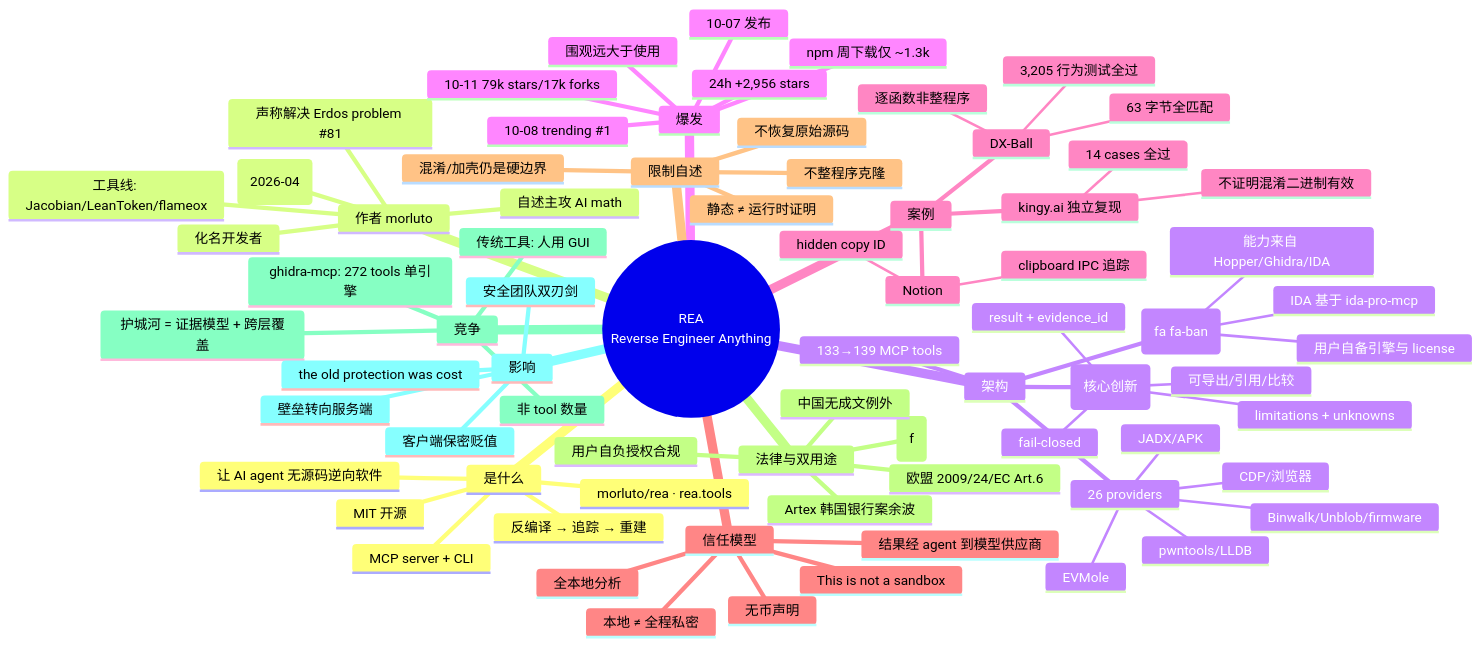
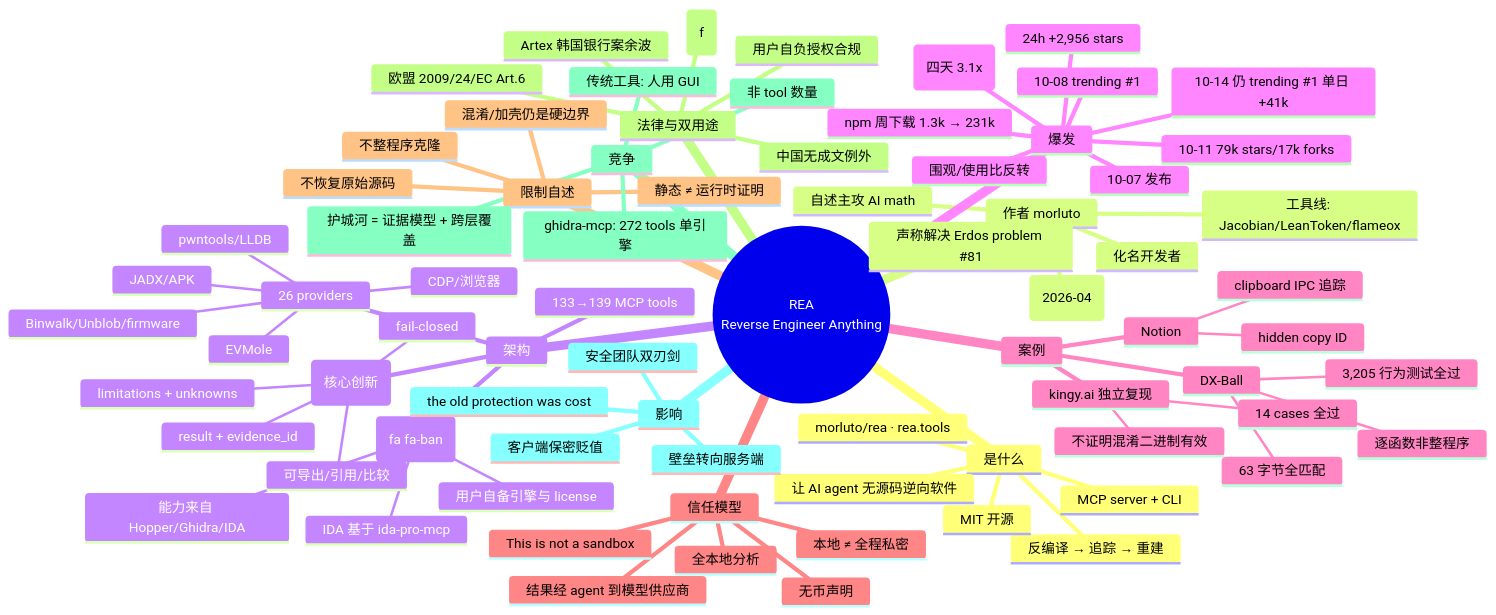
One commit to ringozzt/rea-research changed the diagram in README.md. Above: the diagram before and after it, drawn with Mermaid. The commit also changed other lines of this file, not shown here.

Commit message:
update 2026-10-15：四天 3.1x（247k stars）、npm 周下载 231k、6.3→6.5 changelog、社区实测

````diff
--- a/README.md
+++ b/README.md
@@ -116,78 +128,80 @@
 ```mermaid
 mindmap
   root((REA<br/>Reverse Engineer Anything))
     是什么
       MCP server + CLI
       让 AI agent 无源码逆向软件
       反编译 → 追踪 → 重建
       MIT 开源
       morluto/rea · rea.tools
     作者 morluto
       化名开发者
       自述主攻 AI math
       声称解决 Erdos problem #81
       工具线: Jacobian/LeanToken/flameox
       前身 betterBinaryMCP(2026-04)
     架构
       不做反编译 ::icon(fa fa-ban)
         能力来自 Hopper/Ghidra/IDA
         IDA 基于 ida-pro-mcp
         用户自备引擎与 license
       证据契约(核心创新)
         result + evidence_id
         limitations + unknowns
         可导出/引用/比较
         fail-closed
       133→139 MCP tools
       26 providers
         JADX/APK
         Binwalk/Unblob/firmware
         CDP/浏览器
         pwntools/LLDB
         EVMole
     爆发
       10-07 发布
       24h +2,956 stars
       10-08 trending #1
       10-11 79k stars/17k forks
-      npm 周下载仅 ~1.3k
-      围观远大于使用
+      10-15 247k stars/62k forks(四天 3.1x)
+      10-14 仍 trending #1 单日 +41k
+      npm 周下载 1.3k → 231k
+      围观/使用比反转
     案例
       DX-Ball
         3,205 行为测试全过
         63 字节全匹配
         逐函数非整程序
       Notion
         clipboard IPC 追踪
         hidden copy ID
       kingy.ai 独立复现
         14 cases 全过
         不证明混淆二进制有效
     信任模型
       全本地分析
       This is not a sandbox
       结果经 agent 到模型供应商
       本地 ≠ 全程私密
       无币声明
     限制自述
       不恢复原始源码
       不整程序克隆
       静态 ≠ 运行时证明
       混淆/加壳仍是硬边界
     法律与双用途
       Artex 韩国银行案余波
       美国 DMCA 1201(f)
       欧盟 2009/24/EC Art.6
       中国无成文例外
       用户自负授权合规
     竞争
       ghidra-mcp: 272 tools 单引擎
       传统工具: 人用 GUI
       护城河 = 证据模型 + 跨层覆盖
       非 tool 数量
     影响
       the old protection was cost
       客户端保密贬值
       壁垒转向服务端
       安全团队双刃剑
 ```
````
